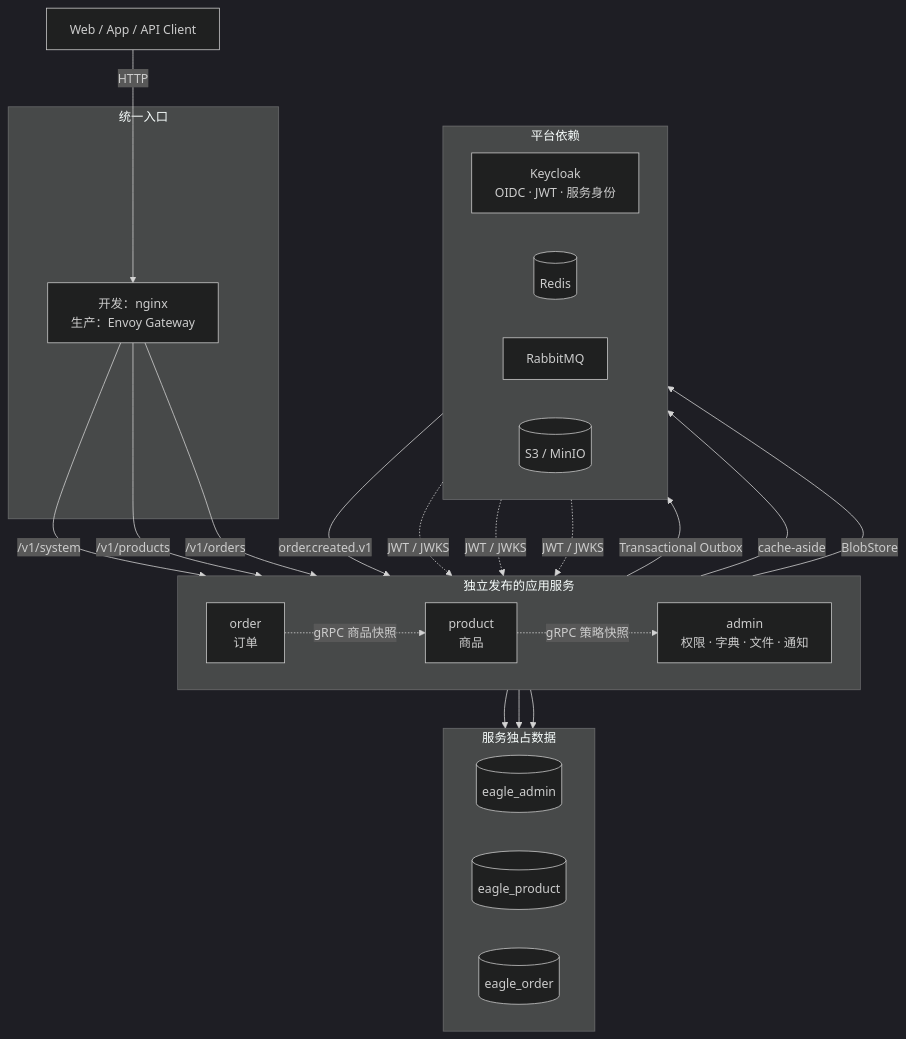
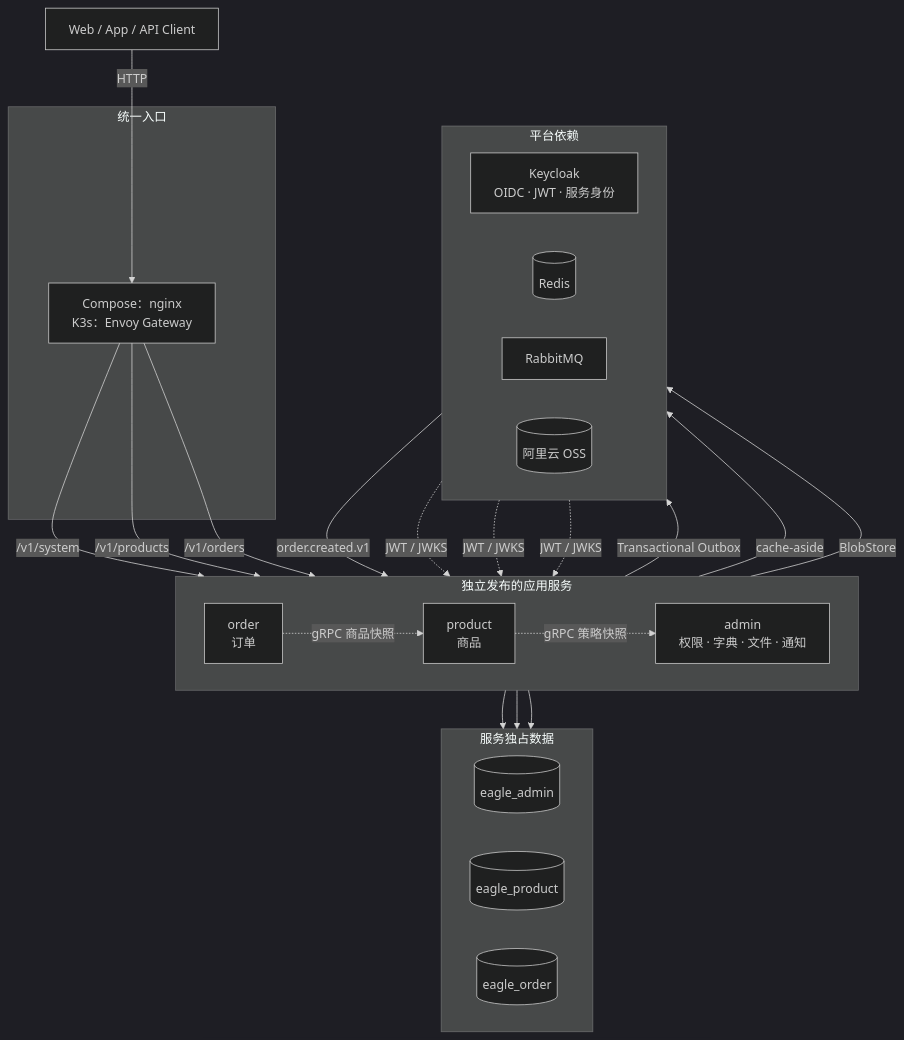
Before and after one commit to sunshixiong789/eagle-cloud-go: the diagram in README.md, drawn with Mermaid (dark theme). The commit also changed other lines of this file and 81 other files, not shown here.

````diff
--- a/README.md
+++ b/README.md
@@ -19,49 +19,49 @@
 ```mermaid
 flowchart TB
     client["Web / App / API Client"]
 
     subgraph edge [统一入口]
-        gateway["开发：nginx<br/>生产：Envoy Gateway"]
+        gateway["Compose：nginx<br/>K3s：Envoy Gateway"]
     end
 
     subgraph services [独立发布的应用服务]
         direction LR
         admin["admin<br/>权限 · 字典 · 文件 · 通知"]
         product["product<br/>商品"]
         order["order<br/>订单"]
     end
 
     subgraph data [服务独占数据]
         direction LR
         admin_db[(eagle_admin)]
         product_db[(eagle_product)]
         order_db[(eagle_order)]
     end
 
     subgraph platform [平台依赖]
         direction LR
         keycloak["Keycloak<br/>OIDC · JWT · 服务身份"]
         redis[(Redis)]
         rabbitmq["RabbitMQ"]
-        object_store[(S3 / MinIO)]
+        object_store[(阿里云 OSS)]
     end
 
     client -->|HTTP| gateway
     gateway -->|/v1/system| admin
     gateway -->|/v1/products| product
     gateway -->|/v1/orders| order
 
     product -.->|gRPC 策略快照| admin
     order -.->|gRPC 商品快照| product
     order -->|Transactional Outbox| rabbitmq
     rabbitmq -->|order.created.v1| admin
 
     admin --> admin_db
     product --> product_db
     order --> order_db
     product -->|cache-aside| redis
     admin -->|BlobStore| object_store
     keycloak -.->|JWT / JWKS| admin
     keycloak -.->|JWT / JWKS| product
     keycloak -.->|JWT / JWKS| order
 ```
````
